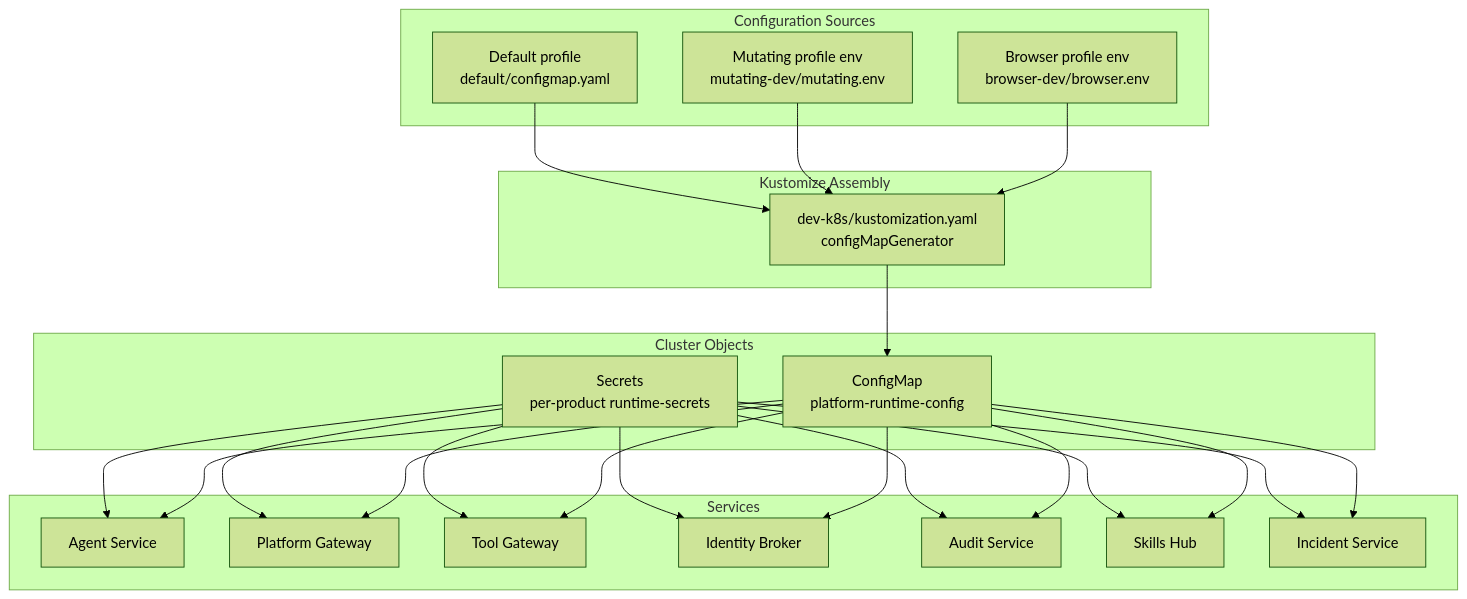
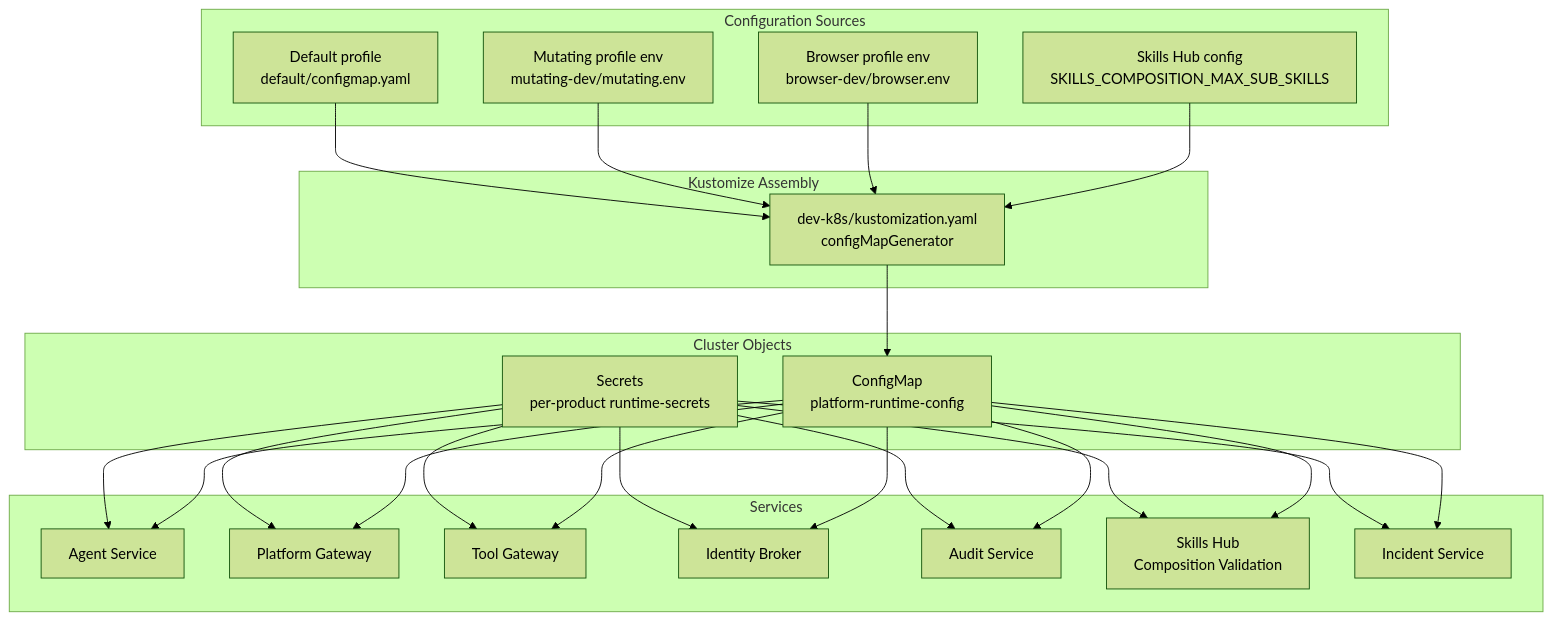
One commit to metasync/luban-aiops changed the second of 4 diagrams in .qoder/repowiki/en/content/Deployment and Operations/Configuration Management.md. Above: the diagram before and after it, drawn with Mermaid (forest theme). The commit also changed other lines of this file and 242 other files, not shown here.

````diff
--- a/.qoder/repowiki/en/content/Deployment and Operations/Configuration Management.md
+++ b/.qoder/repowiki/en/content/Deployment and Operations/Configuration Management.md
@@ -91,42 +100,44 @@
 ```mermaid
 graph TB
 subgraph "Configuration Sources"
 P1["Default profile<br/>default/configmap.yaml"]
 P2["Mutating profile env<br/>mutating-dev/mutating.env"]
 P3["Browser profile env<br/>browser-dev/browser.env"]
+P4["Skills Hub config<br/>SKILLS_COMPOSITION_MAX_SUB_SKILLS"]
 end
 subgraph "Kustomize Assembly"
 K["dev-k8s/kustomization.yaml<br/>configMapGenerator"]
 end
 subgraph "Cluster Objects"
 CM["ConfigMap<br/>platform-runtime-config"]
 S1["Secrets<br/>per-product runtime-secrets"]
 end
 subgraph "Services"
 AG["Agent Service"]
 PG["Platform Gateway"]
 TG["Tool Gateway"]
 IB["Identity Broker"]
 AS["Audit Service"]
-SH["Skills Hub"]
+SH["Skills Hub<br/>Composition Validation"]
 IS["Incident Service"]
 end
 P1 --> K
 P2 --> K
 P3 --> K
+P4 --> K
 K --> CM
 S1 --> AG
 S1 --> PG
 S1 --> TG
 S1 --> IB
 S1 --> AS
 S1 --> SH
 S1 --> IS
 CM --> AG
 CM --> PG
 CM --> TG
 CM --> IB
 CM --> AS
 CM --> SH
 CM --> IS
 ```
````
